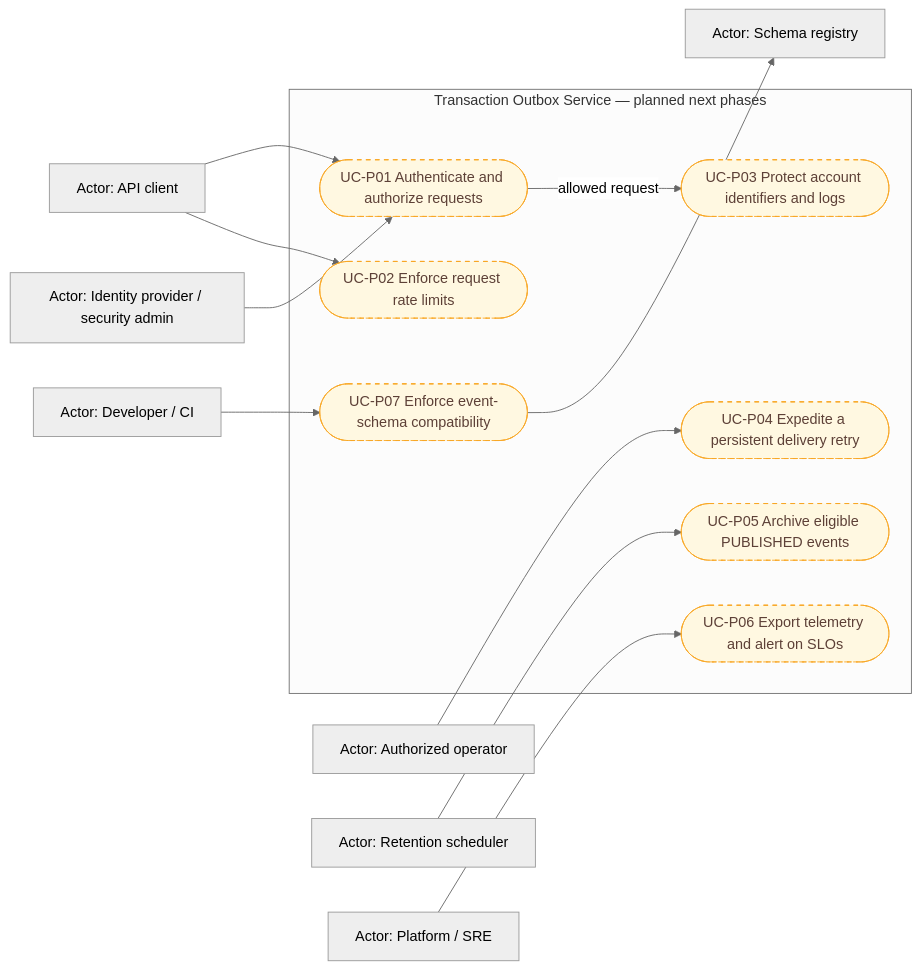
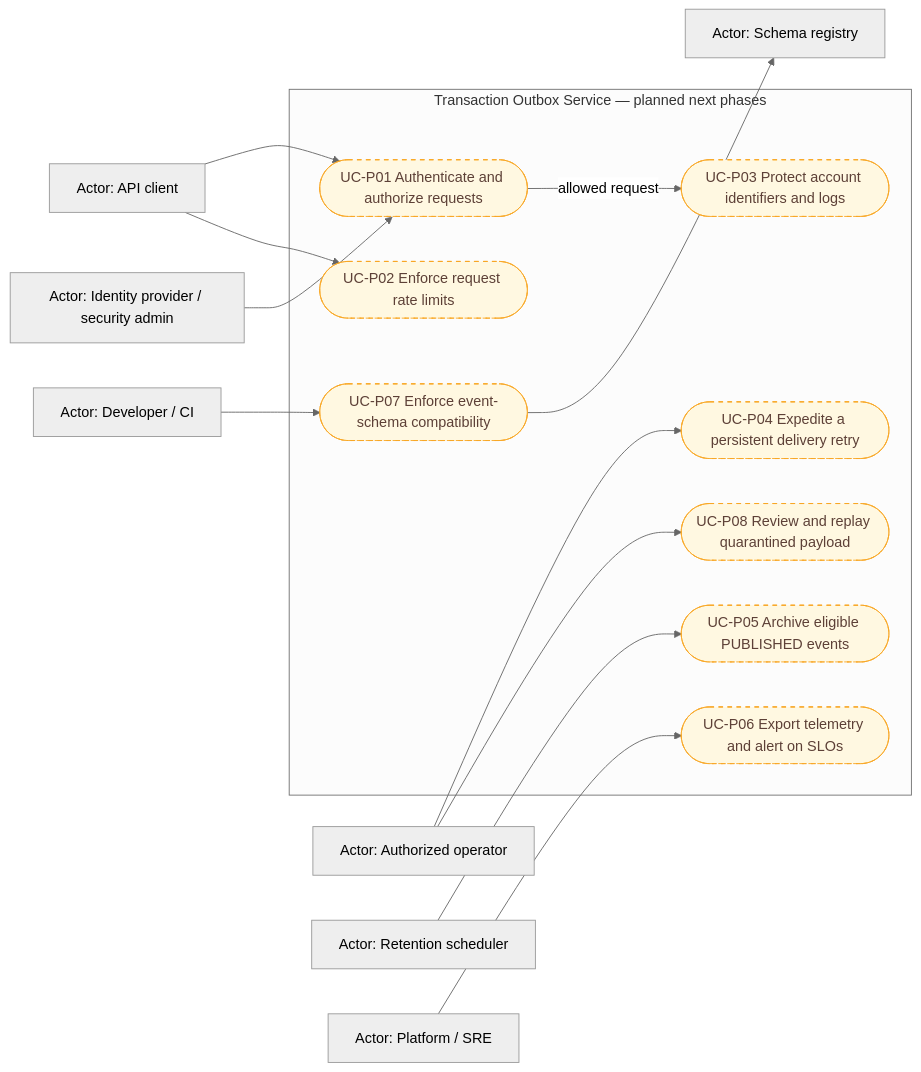
One commit to tarunngusain08/transaction-outbox-service changed the third of 3 diagrams in docs/use-cases.md. Above: the diagram before and after it, drawn with Mermaid (neutral theme). The commit also changed other lines of this file and 8 other files, not shown here.

````diff
--- a/docs/use-cases.md
+++ b/docs/use-cases.md
@@ -112,33 +121,35 @@
 ```mermaid
 flowchart LR
     apiClient["Actor: API client"]
     identity["Actor: Identity provider / security admin"]
     operator["Actor: Authorized operator"]
     retention["Actor: Retention scheduler"]
     platform["Actor: Platform / SRE"]
     deliveryTeam["Actor: Developer / CI"]
     schemaRegistry["Actor: Schema registry"]
 
     subgraph planned["Transaction Outbox Service — planned next phases"]
         p01(["UC-P01 Authenticate and authorize requests"])
         p02(["UC-P02 Enforce request rate limits"])
         p03(["UC-P03 Protect account identifiers and logs"])
         p04(["UC-P04 Expedite a persistent delivery retry"])
         p05(["UC-P05 Archive eligible PUBLISHED events"])
         p06(["UC-P06 Export telemetry and alert on SLOs"])
         p07(["UC-P07 Enforce event-schema compatibility"])
+        p08(["UC-P08 Review and replay quarantined payload"])
     end
 
     apiClient --> p01
     identity --> p01
     apiClient --> p02
     p01 -->|allowed request| p03
     operator --> p04
     retention --> p05
     platform --> p06
     deliveryTeam --> p07
     p07 --> schemaRegistry
+    operator --> p08
 
     classDef planned fill:#fff8e1,stroke:#f9a825,color:#5d4037,stroke-dasharray:5 5;
-    class p01,p02,p03,p04,p05,p06,p07 planned;
+    class p01,p02,p03,p04,p05,p06,p07,p08 planned;
 ```
````
